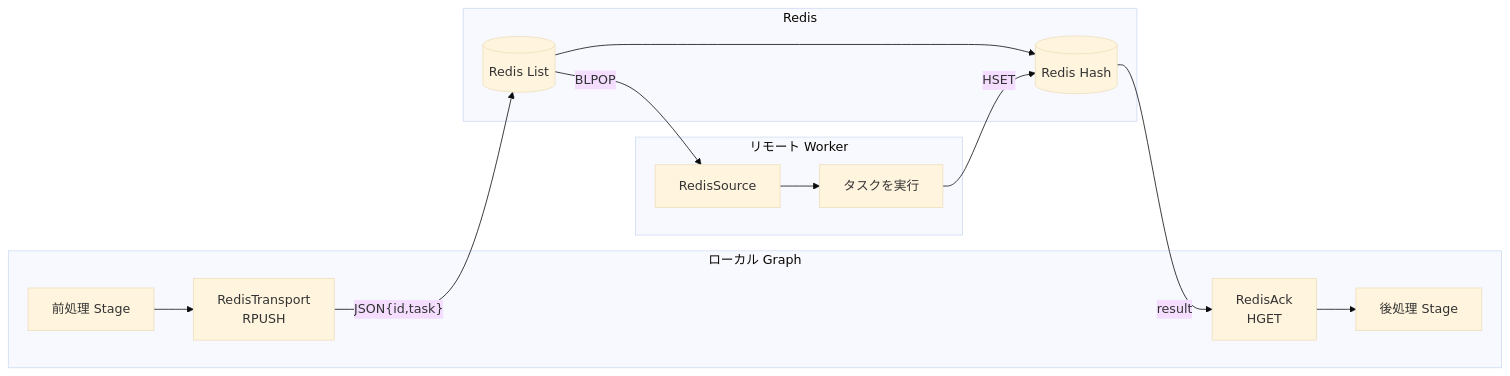
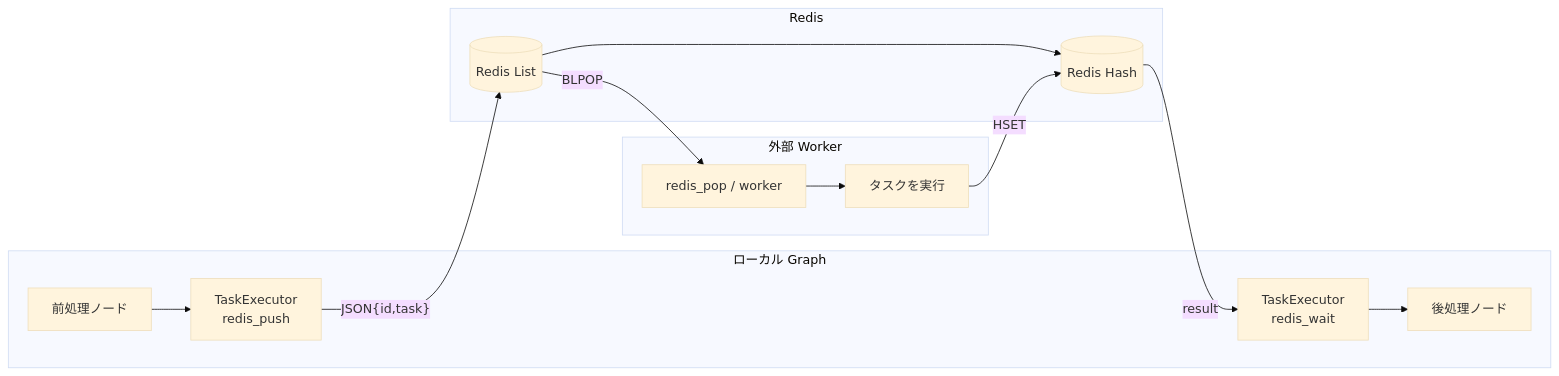
The ninth of 9 diagrams in docs/ja/presentation.md (Mr-xiaotian/CelestialFlow), drawn with Mermaid (base theme) before and after one commit. The commit also changed other lines of this file and 181 other files, not shown here.

````diff
--- a/docs/ja/presentation.md
+++ b/docs/ja/presentation.md
@@ -598,19 +580,19 @@
 ```mermaid
 graph LR
     subgraph ローカル Graph
-        A[前処理 Stage] --> B[RedisTransport<br/>RPUSH]
-        E[RedisAck<br/>HGET] --> F[後処理 Stage]
+        A[前処理ノード] --> B[TaskExecutor<br/>redis_push]
+        E[TaskExecutor<br/>redis_wait] --> F[後処理ノード]
     end
 
     subgraph Redis
         B -->|"JSON{id,task}"| C[(Redis List)]
         C --> D[(Redis Hash)]
         D -->|"result"| E
     end
 
-    subgraph リモート Worker
-        C -->|BLPOP| G[RedisSource]
+    subgraph 外部 Worker
+        C -->|BLPOP| G[redis_pop / worker]
         G --> H[タスクを実行]
         H -->|HSET| D
     end
 ```
````
